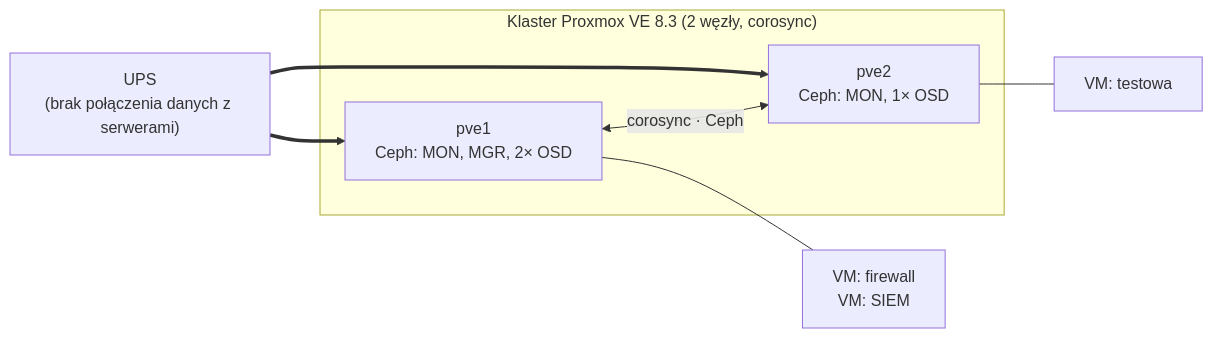
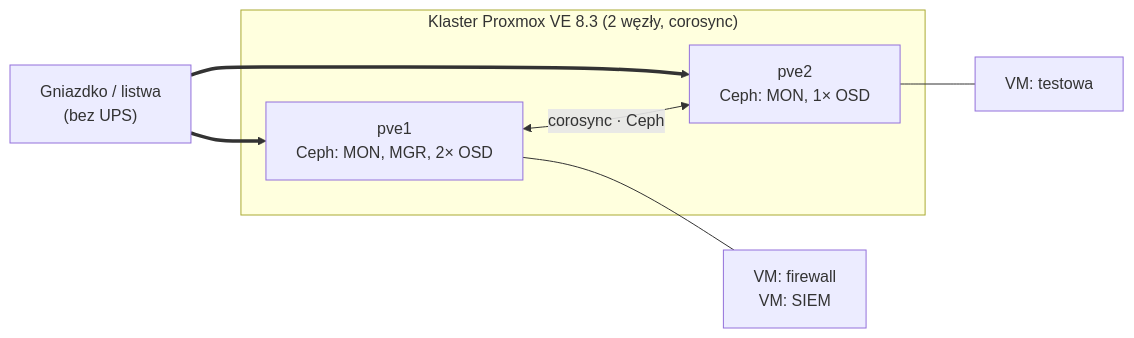
Before and after one commit to programmingbygrzegorz/AdminDay: the diagram in docs/workdays/day-004-lab-cluster-power-loss.md, drawn with Mermaid. The commit also changed other lines of this file and 2 other files, not shown here.

Commit message:
Day 004: korekta – lab nie ma UPS-a, przyczyna to bezpośrednia utrata zasilania

````diff
--- a/docs/workdays/day-004-lab-cluster-power-loss.md
+++ b/docs/workdays/day-004-lab-cluster-power-loss.md
@@ -45,12 +45,12 @@
 ```mermaid
 flowchart LR
-  UPS["UPS<br/>(brak połączenia danych z serwerami)"] ==> P1
-  UPS ==> P2
+  PWR["Gniazdko / listwa<br/>(bez UPS)"] ==> P1
+  PWR ==> P2
   subgraph K["Klaster Proxmox VE 8.3 (2 węzły, corosync)"]
     P1["pve1<br/>Ceph: MON, MGR, 2× OSD"]
     P2["pve2<br/>Ceph: MON, 1× OSD"]
   end
   P1 <-- "corosync · Ceph" --> P2
   P1 --- V1["VM: firewall<br/>VM: SIEM"]
   P2 --- V2["VM: testowa"]
 ```
````
